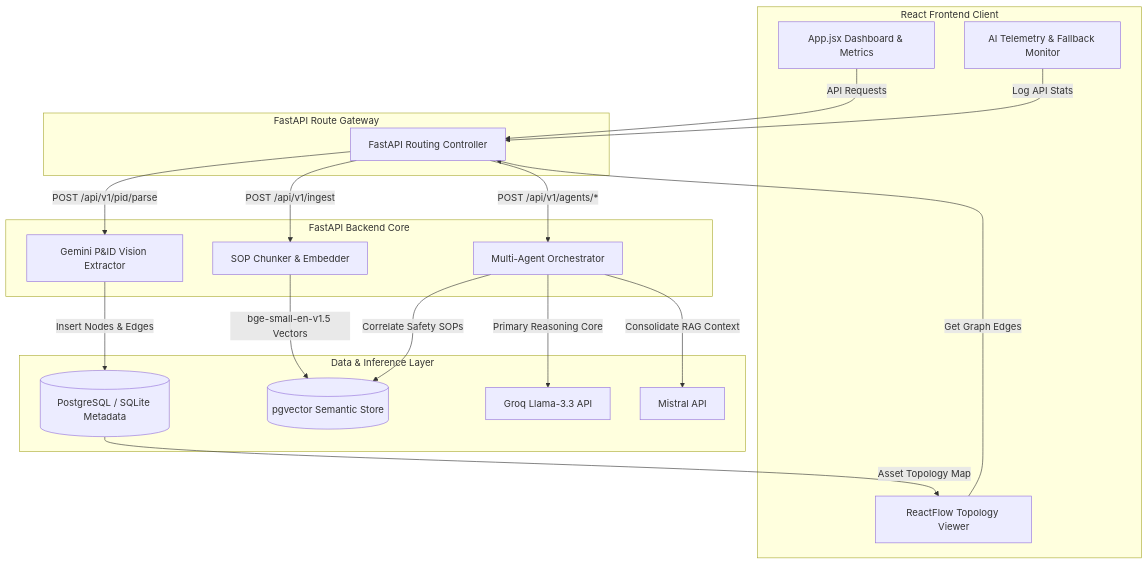
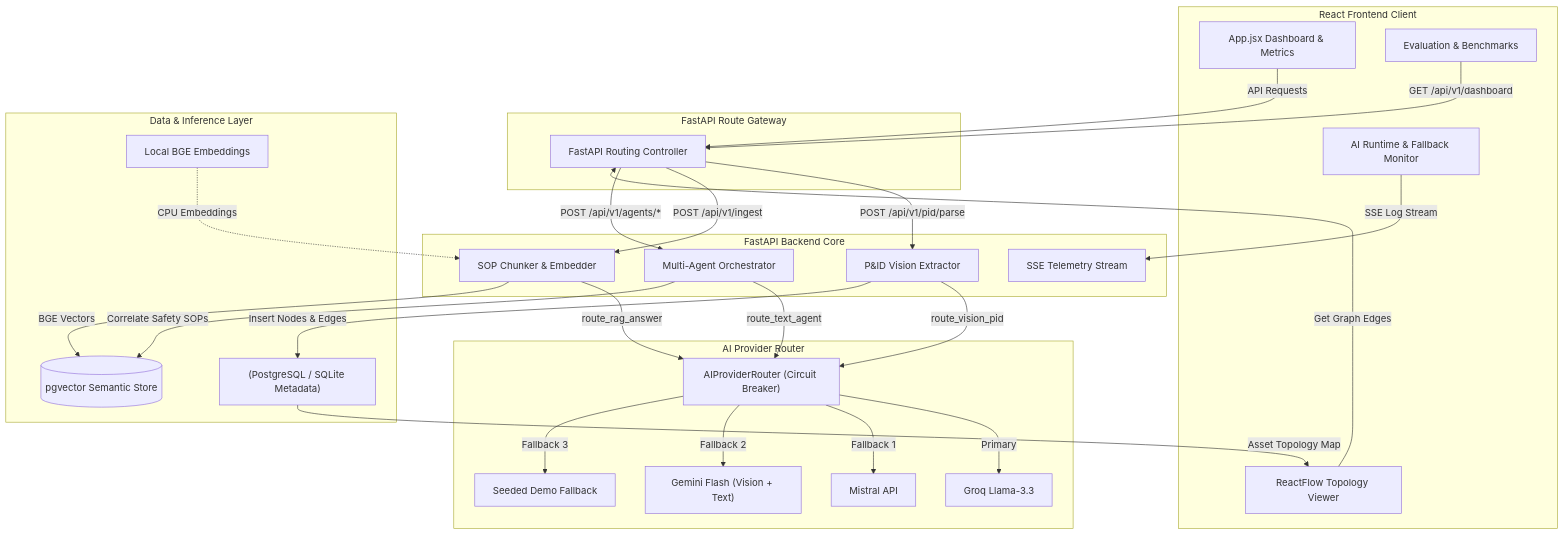
The diagram in README.md (kutty04/OpsBrain-AI), drawn with Mermaid before and after one commit. The commit also changed other lines of this file and 29 other files, not shown here.

````diff
--- a/README.md
+++ b/README.md
@@ -100,46 +103,64 @@
 ```mermaid
 graph TD
     %% Frontend Client
     subgraph Client [React Frontend Client]
-        Dashboard[App.jsx Dashboard & Metrics]
+        Dashboard["App.jsx Dashboard & Metrics"]
         FlowGraph[ReactFlow Topology Viewer]
-        Monitor[AI Telemetry & Fallback Monitor]
+        Monitor["AI Runtime & Fallback Monitor"]
+        EvalDash[Evaluation & Benchmarks]
     end
 
     %% API Gateway
     subgraph Gateway [FastAPI Route Gateway]
-        Router[FastAPI Routing Controller]
+        APIRouter[FastAPI Routing Controller]
+    end
+
+    %% Provider Router
+    subgraph ProviderLayer [AI Provider Router]
+        PRouter["AIProviderRouter (Circuit Breaker)"]
+        Groq[Groq Llama-3.3]
+        Mistral[Mistral API]
+        Gemini["Gemini Flash (Vision + Text)"]
+        DemoFallback[Seeded Demo Fallback]
     end
 
     %% Backend Services
     subgraph Services [FastAPI Backend Core]
-        VisionService[Gemini P&ID Vision Extractor]
+        VisionService[P&ID Vision Extractor]
         IngestPipeline[SOP Chunker & Embedder]
         AgentEngine[Multi-Agent Orchestrator]
+        TelemetryStream[SSE Telemetry Stream]
     end
 
     %% Data Store & Models
     subgraph Persistence [Data & Inference Layer]
-        RelationalDB[(PostgreSQL / SQLite Metadata)]
+        RelationalDB["(PostgreSQL / SQLite Metadata)"]
         VectorDB[(pgvector Semantic Store)]
-        GroqAPI[Groq Llama-3.3 API]
-        MistralAPI[Mistral API]
+        BGELocal[Local BGE Embeddings]
     end
 
     %% Communication Flow
-    Dashboard -->|API Requests| Router
-    FlowGraph -->|Get Graph Edges| Router
-    Monitor -->|Log API Stats| Router
+    Dashboard -->|API Requests| APIRouter
+    FlowGraph -->|Get Graph Edges| APIRouter
+    Monitor -->|SSE Log Stream| TelemetryStream
+    EvalDash -->|GET /api/v1/dashboard| APIRouter
 
-    Router -->|POST /api/v1/pid/parse| VisionService
-    Router -->|POST /api/v1/ingest| IngestPipeline
-    Router -->|POST /api/v1/agents/*| AgentEngine
+    APIRouter -->|POST /api/v1/pid/parse| VisionService
+    APIRouter -->|POST /api/v1/ingest| IngestPipeline
+    APIRouter -->|POST /api/v1/agents/*| AgentEngine
+
+    VisionService -->|route_vision_pid| PRouter
+    AgentEngine -->|route_text_agent| PRouter
+    IngestPipeline -->|route_rag_answer| PRouter
+
+    PRouter -->|Primary| Groq
+    PRouter -->|Fallback 1| Mistral
+    PRouter -->|Fallback 2| Gemini
+    PRouter -->|Fallback 3| DemoFallback
 
     VisionService -->|Insert Nodes & Edges| RelationalDB
-    IngestPipeline -->|bge-small-en-v1.5 Vectors| VectorDB
+    IngestPipeline -->|BGE Vectors| VectorDB
+    BGELocal -.->|CPU Embeddings| IngestPipeline
     AgentEngine -->|Correlate Safety SOPs| VectorDB
-    AgentEngine -->|Primary Reasoning Core| GroqAPI
-    AgentEngine -->|Consolidate RAG Context| MistralAPI
-    
     RelationalDB -->|Asset Topology Map| FlowGraph
 ```
````
